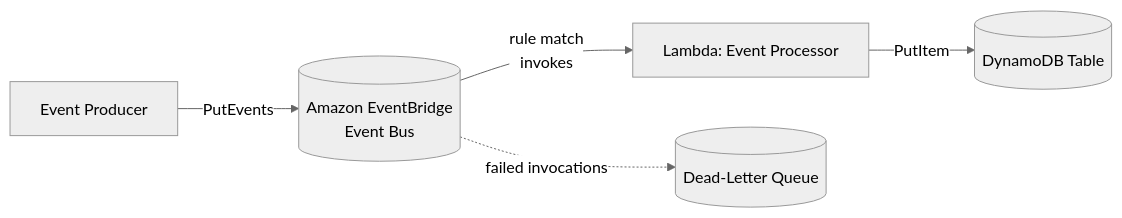
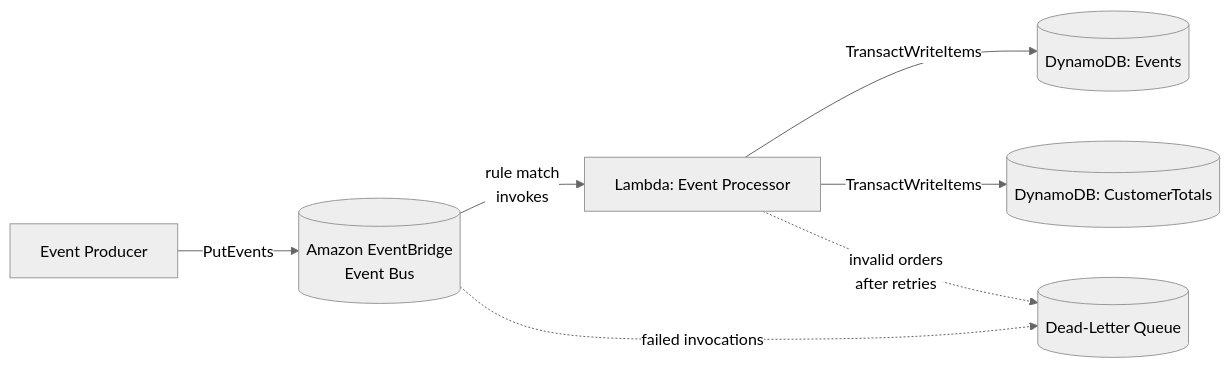
The diagram in aws/event-pipeline/README.md (jreisinger/pocs), drawn with Mermaid (neutral theme) before and after one commit. The commit also changed other lines of this file and 4 other files, not shown here.

````diff
--- a/aws/event-pipeline/README.md
+++ b/aws/event-pipeline/README.md
@@ -7,7 +8,9 @@
 ```mermaid
 flowchart LR
     P[Event Producer] -->|PutEvents| EB[(Amazon EventBridge<br/>Event Bus)]
     EB -->|rule match<br/>invokes| L[Lambda: Event Processor]
-    L -->|PutItem| DB[(DynamoDB Table)]
+    L -->|TransactWriteItems| DB[(DynamoDB: Events)]
+    L -->|TransactWriteItems| T[(DynamoDB: CustomerTotals)]
     EB -.->|failed invocations| DLQ[(Dead-Letter Queue)]
+    L -.->|invalid orders<br/>after retries| DLQ
 ```
````
